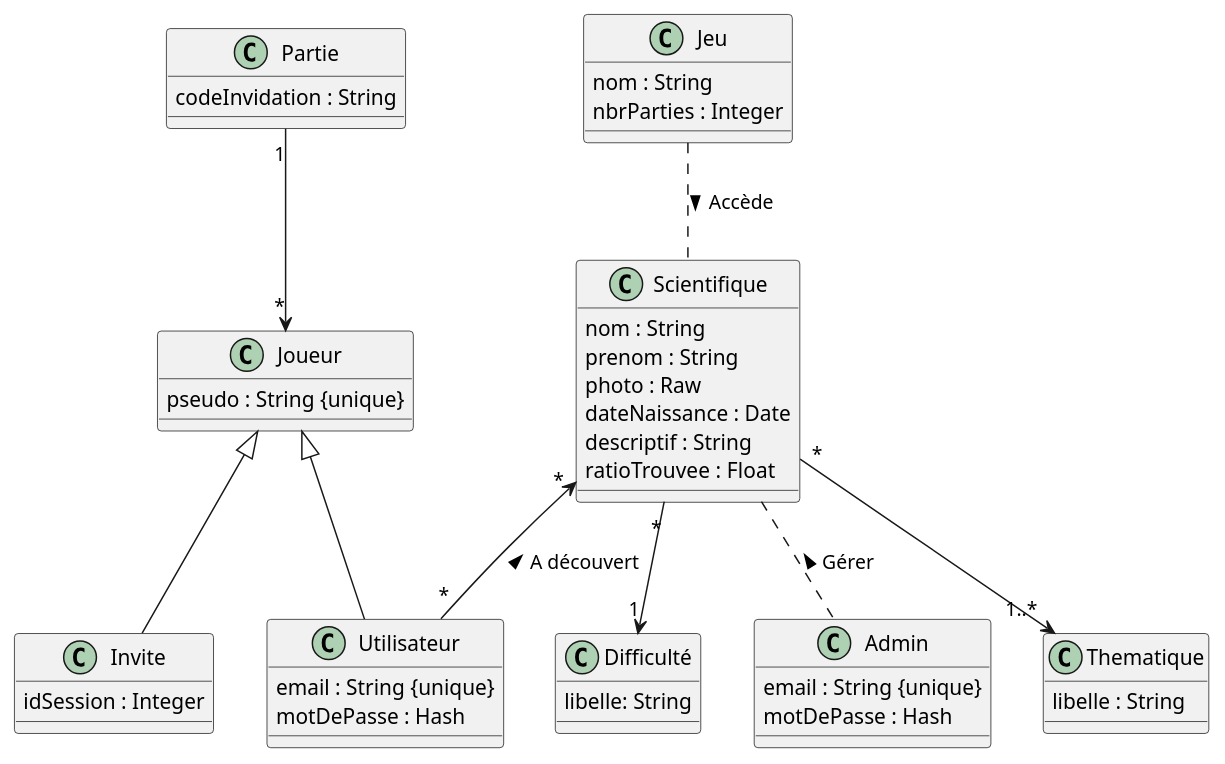
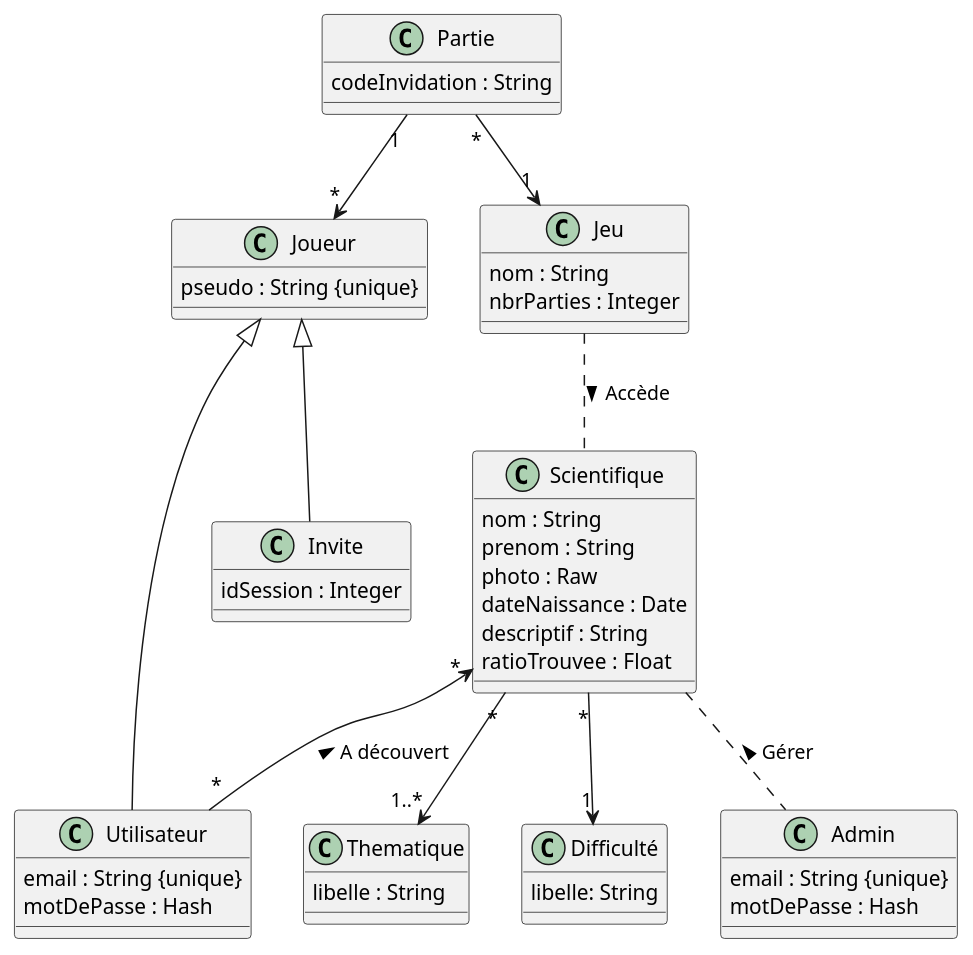
One commit to JdAlix/ScienceQuest changed the diagram in project/Docs/classe/classDiagram.md. Above: the diagram before and after it, drawn with PlantUML.

Commit message:
ADD : association entre jeu et partie

````diff
--- a/project/Docs/classe/classDiagram.md
+++ b/project/Docs/classe/classDiagram.md
@@ -1,66 +1,68 @@
 ```plantuml 
 
 @startuml "BDD"
 
 class Scientifique{
     nom : String
     prenom : String
     photo : Raw
     dateNaissance : Date
     descriptif : String
     ratioTrouvee : Float
 }
 
 class Thematique{
     libelle : String
 }
 
 class "Difficulté"{
     libelle: String
 }
 
 Scientifique "*" --> "1..*" Thematique
 Scientifique "*" --> "1" "Difficulté"
 Scientifique "*" <-- "*"Utilisateur : A découvert <
 Scientifique .. Admin : Gérer <
 
 
 class Joueur{
     pseudo : String {unique}
 }
 
 class Utilisateur{
     email : String {unique}
     motDePasse : Hash
 }
 
 class Invite{
     idSession : Integer
 }
 
 Joueur <|-- Utilisateur
 Joueur <|-- Invite
 
 class Admin{
     email : String {unique}
     motDePasse : Hash
 }
 
 
 
 
 class Jeu{
     nom : String
     nbrParties : Integer
 }
 
 Jeu .. Scientifique  : Accède >
 
 class Partie{
     codeInvidation : String
 }
 
+Partie "*" --> "1" Jeu
+
 Partie "1" --> "*" Joueur
 
 @enduml
 ```
````
